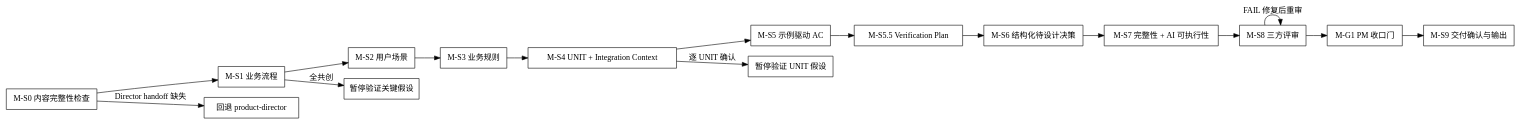
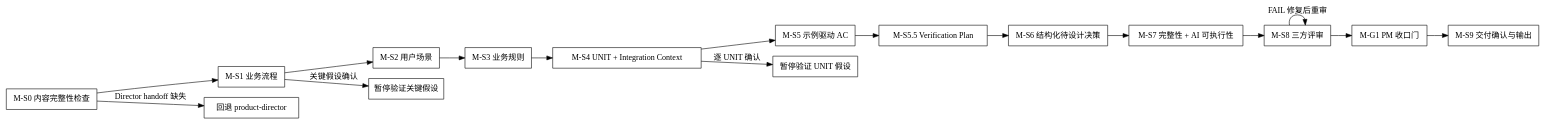
The diagram in shared/skills/product-manager/SKILL.md (jieli-cqwl/org-claude-skills), drawn with Graphviz before and after one commit. The commit also changed other lines of this file and 150 other files, not shown here.

````diff
--- a/shared/skills/product-manager/SKILL.md
+++ b/shared/skills/product-manager/SKILL.md
@@ -87,21 +87,21 @@
 ```dot
 digraph product_manager_flow {
   rankdir=LR;
   node [shape=box];
   "M-S0 内容完整性检查" -> "M-S1 业务流程";
   "M-S1 业务流程" -> "M-S2 用户场景";
   "M-S2 用户场景" -> "M-S3 业务规则";
   "M-S3 业务规则" -> "M-S4 UNIT + Integration Context";
   "M-S4 UNIT + Integration Context" -> "M-S5 示例驱动 AC";
   "M-S5 示例驱动 AC" -> "M-S5.5 Verification Plan";
   "M-S5.5 Verification Plan" -> "M-S6 结构化待设计决策";
   "M-S6 结构化待设计决策" -> "M-S7 完整性 + AI 可执行性";
   "M-S7 完整性 + AI 可执行性" -> "M-S8 三方评审";
   "M-S8 三方评审" -> "M-G1 PM 收口门";
   "M-G1 PM 收口门" -> "M-S9 交付确认与输出";
   "M-S0 内容完整性检查" -> "回退 product-director" [label="Director handoff 缺失"];
-  "M-S1 业务流程" -> "暂停验证关键假设" [label="全共创"];
+  "M-S1 业务流程" -> "暂停验证关键假设" [label="关键假设确认"];
   "M-S4 UNIT + Integration Context" -> "暂停验证 UNIT 假设" [label="逐 UNIT 确认"];
   "M-S8 三方评审" -> "M-S8 三方评审" [label="FAIL 修复后重审"];
 }
 ```
````
